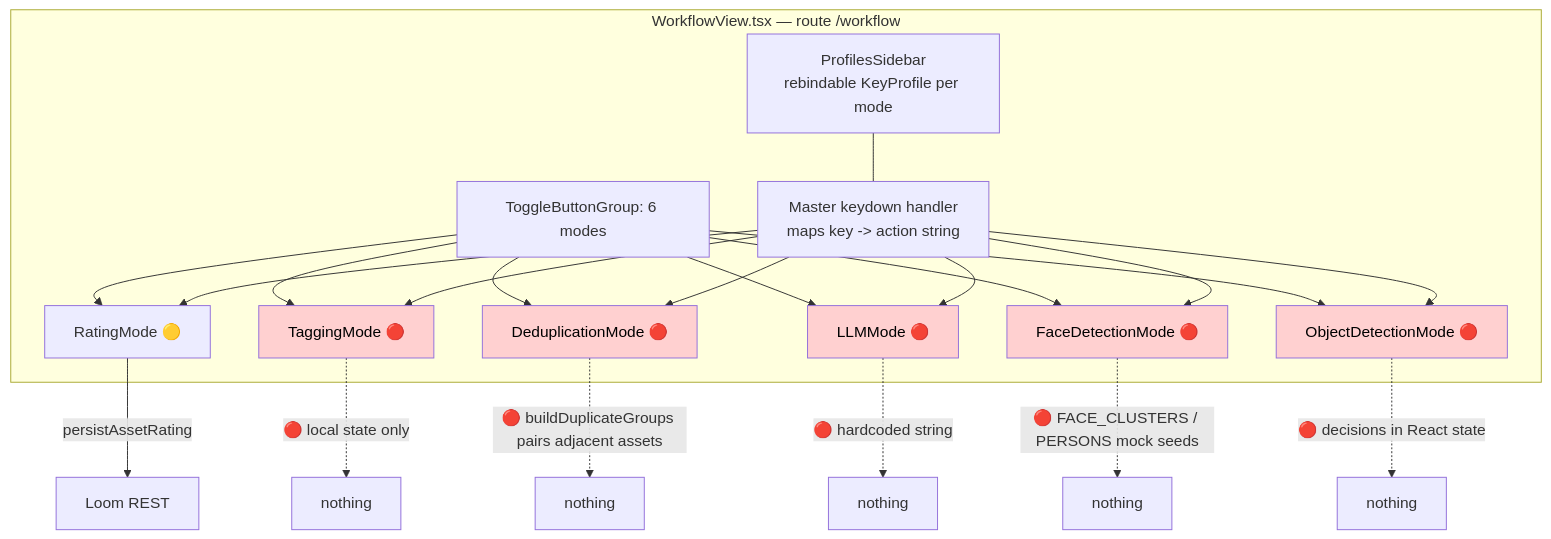
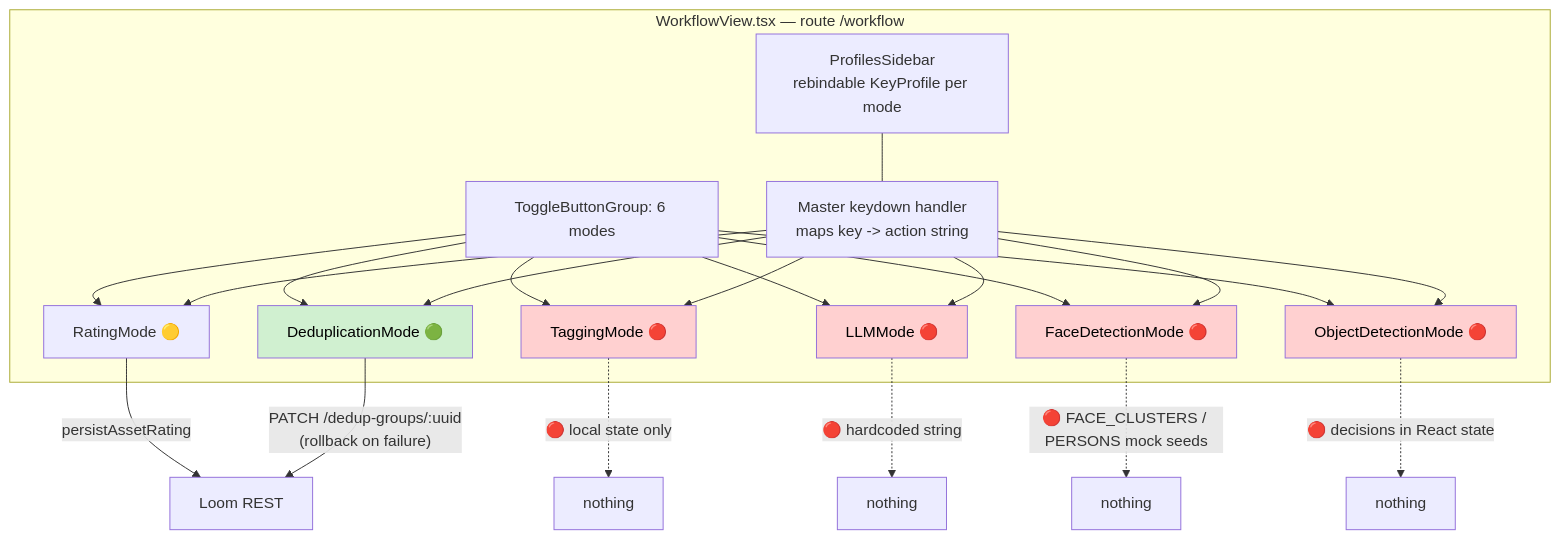
One commit to metaloom/metaloom changed the first of 2 diagrams in spec/workflows/WORKFLOWS.md. Above: the diagram before and after it, drawn with Mermaid. The commit also changed other lines of this file and 52 other files, not shown here.

````diff
--- a/spec/workflows/WORKFLOWS.md
+++ b/spec/workflows/WORKFLOWS.md
@@ -87,29 +87,29 @@
 ```mermaid
 flowchart TB
     subgraph UI["WorkflowView.tsx — route /workflow"]
         TB2["ToggleButtonGroup: 6 modes"]
         KB["Master keydown handler<br/>maps key -> action string"]
         PS["ProfilesSidebar<br/>rebindable KeyProfile per mode"]
         M1["RatingMode 🟡"]
         M2["TaggingMode 🔴"]
-        M3["DeduplicationMode 🔴"]
+        M3["DeduplicationMode 🟢"]
         M4["LLMMode 🔴"]
         M5["FaceDetectionMode 🔴"]
         M6["ObjectDetectionMode 🔴"]
     end
     TB2 --> M1 & M2 & M3 & M4 & M5 & M6
     KB --> M1 & M2 & M3 & M4 & M5 & M6
     PS --- KB
     M1 -->|"persistAssetRating"| API["Loom REST"]
+    M3 -->|"PATCH /dedup-groups/:uuid<br/>(rollback on failure)"| API
     M2 -.->|"🔴 local state only"| X1["nothing"]
-    M3 -.->|"🔴 buildDuplicateGroups pairs adjacent assets"| X2["nothing"]
     M4 -.->|"🔴 hardcoded string"| X3["nothing"]
     M5 -.->|"🔴 FACE_CLUSTERS / PERSONS mock seeds"| X4["nothing"]
     M6 -.->|"🔴 decisions in React state"| X5["nothing"]
 
     style M2 fill:#ffd0d0,color:#000
-    style M3 fill:#ffd0d0,color:#000
+    style M3 fill:#d0f0d0,color:#000
     style M4 fill:#ffd0d0,color:#000
     style M5 fill:#ffd0d0,color:#000
     style M6 fill:#ffd0d0,color:#000
 ```
````
